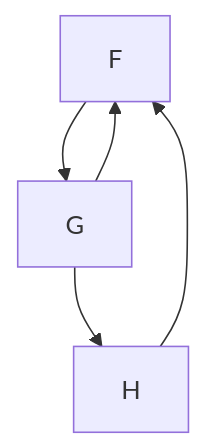
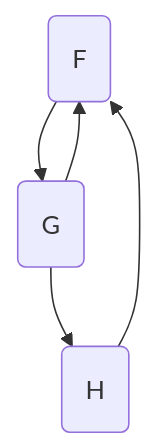
The ninth of 25 diagrams in lectures/lect-16-Graph.md (ruslylove/datastruct), drawn with Mermaid before and after one commit. The commit also changed other lines of this file and 2 other files, not shown here.

````diff
--- a/lectures/lect-16-Graph.md
+++ b/lectures/lect-16-Graph.md
@@ -212,5 +212,5 @@
 ```mermaid
 graph TD
-    F --> G --> H --> F
+    F(F) --> G(G) --> H(H) --> F
     G --> F
 ```
````
